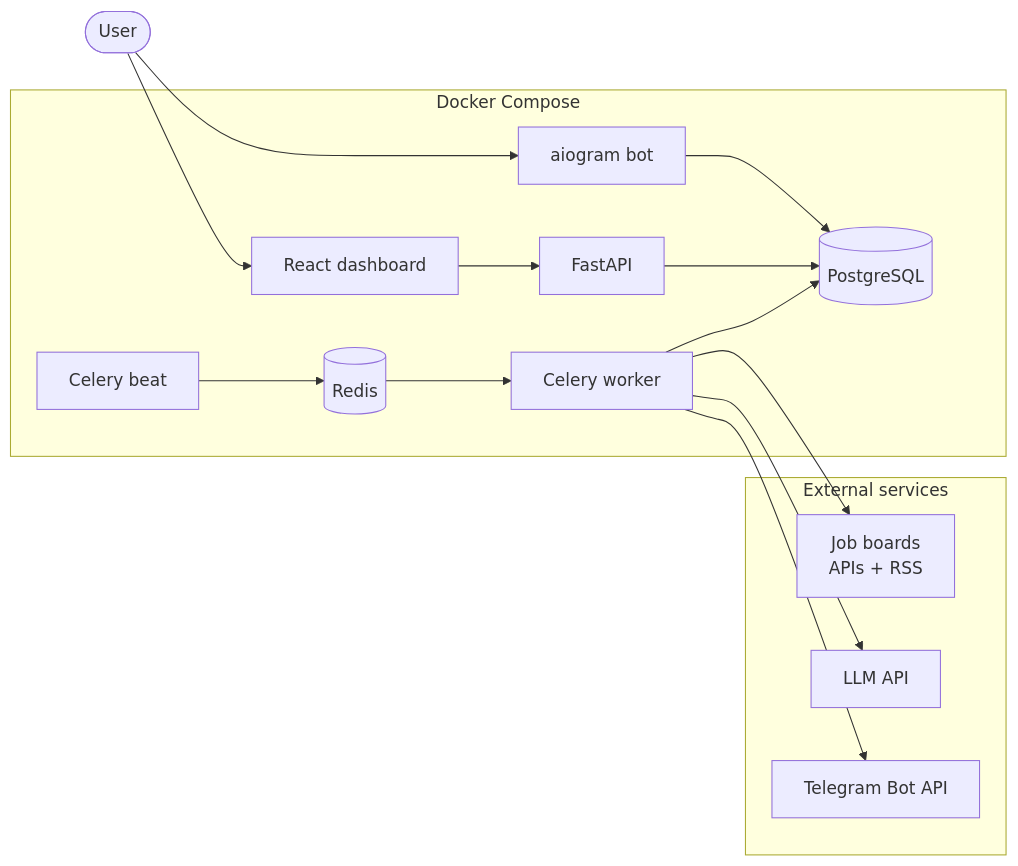
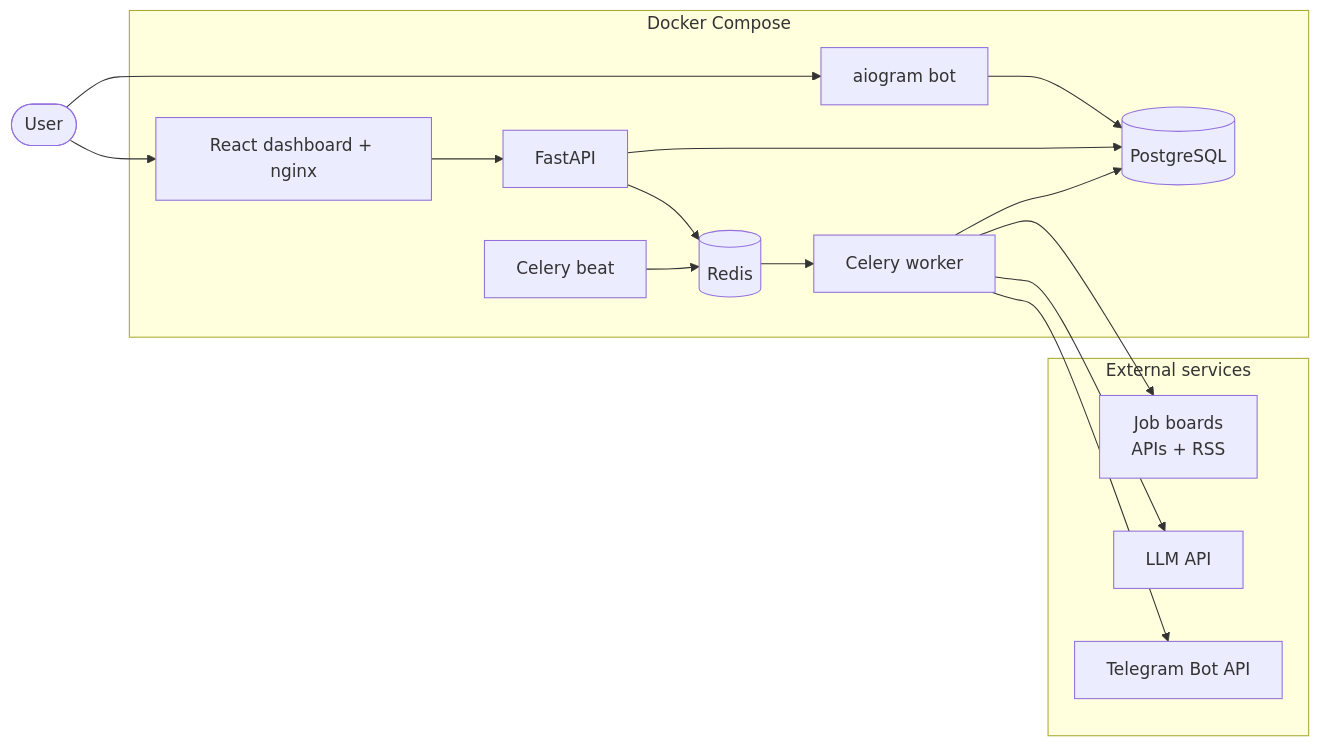
The diagram in README.md (DenisPilich/pythonPr), drawn with Mermaid before and after one commit. The commit also changed other lines of this file and 13 other files, not shown here.

````diff
--- a/README.md
+++ b/README.md
@@ -51,28 +57,29 @@
 ```mermaid
 flowchart LR
     subgraph ext[External services]
         SRC[Job boards<br/>APIs + RSS]
         LLM[LLM API]
         TG[Telegram Bot API]
     end
 
     subgraph compose[Docker Compose]
         BEAT[Celery beat]
         WORKER[Celery worker]
         API[FastAPI]
         BOT[aiogram bot]
-        WEB[React dashboard]
+        WEB[React dashboard + nginx]
         PG[(PostgreSQL)]
         RD[(Redis)]
     end
 
     USER([User]) --> WEB --> API
     USER --> BOT
     BEAT --> RD --> WORKER
     WORKER --> SRC
     WORKER --> LLM
     WORKER --> TG
     WORKER --> PG
     API --> PG
+    API --> RD
     BOT --> PG
 ```
````
